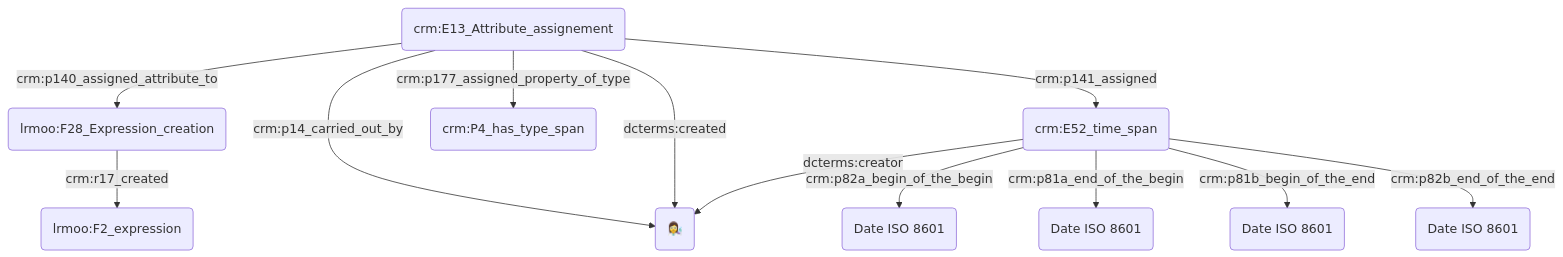
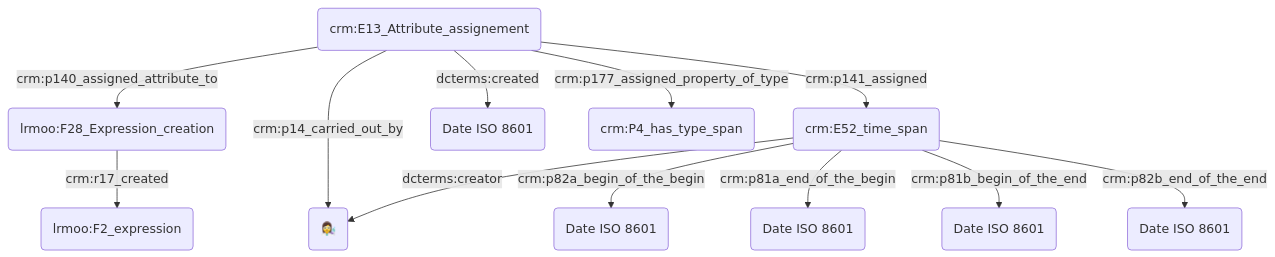
Before and after one commit to Amleth/consortium-musica2-gt2-ontologies: the diagram in modules/dates/2023.09.19_atelier.md, drawn with Mermaid.

````diff
--- a/modules/dates/2023.09.19_atelier.md
+++ b/modules/dates/2023.09.19_atelier.md
@@ -31,24 +31,24 @@
 ```mermaid
 graph TD;
 
 A(lrmoo::F28_Expression_creation) --> |crm:r17_created| B(lrmoo:F2_expression)
 C(crm:E13_Attribute_assignement) --> |crm:p140_assigned_attribute_to| A(lrmoo:F28_Expression_creation)
 C(crm:E13_Attribute_assignement) --> |crm:p141_assigned| D(crm:E52_time_span)
 C(crm:E13_Attribute_assignement) --> |crm:p14_carried_out_by| G("👩‍🔬")
-C(crm:E13_Attribute_assignement) --> |dcterms:created| G("Date ISO 8601")
+C(crm:E13_Attribute_assignement) --> |dcterms:created| K("Date ISO 8601")
 D(crm:E52_time_span) --> |dcterms:creator| G("👩‍🔬")
 
 
 
 C(crm:E13_Attribute_assignement) --> |crm:p177_assigned_property_of_type| E(crm:P4_has_type_span)
 
 D(crm:E52_time_span) --> |crm:p82a_begin_of_the_begin| F("Date ISO 8601")
 D(crm:E52_time_span) --> |crm:p81a_end_of_the_begin| H("Date ISO 8601")
 D(crm:E52_time_span) --> |crm:p81b_begin_of_the_end| I("Date ISO 8601")
 D(crm:E52_time_span) --> |crm:p82b_end_of_the_end| J("Date ISO 8601")
 
 
 
 
 
 ```
````
